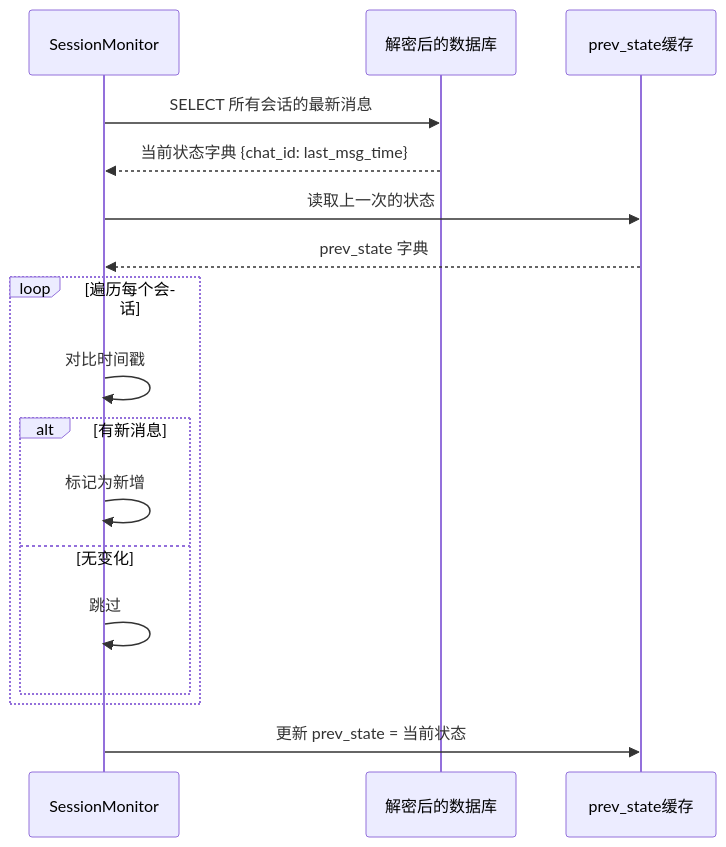
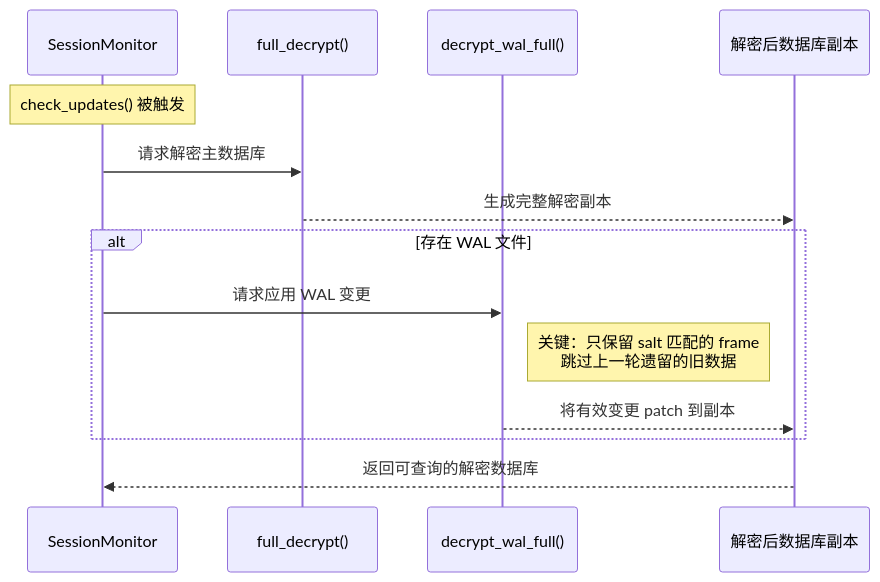
One commit to nerdneilsfield/code-wiki-pages changed the second of 6 diagrams in public/wechat-decrypt/guide-beginners-guide-real-time-monitoring.md. Above: the diagram before and after it, drawn with Mermaid. The commit also changed other lines of this file and 30 other files, not shown here.

````diff
--- a/public/wechat-decrypt/guide-beginners-guide-real-time-monitoring.md
+++ b/public/wechat-decrypt/guide-beginners-guide-real-time-monitoring.md
@@ -113,23 +58,20 @@
 ```mermaid
 sequenceDiagram
     participant SM as SessionMonitor
-    participant DB as 解密后的数据库
-    participant PS as prev_state缓存
+    participant FD as full_decrypt()
+    participant DW as decrypt_wal_full()
+    participant DB as 解密后数据库副本
     
-    SM->>DB: SELECT 所有会话的最新消息
-    DB-->>SM: 当前状态字典 {chat_id: last_msg_time}
+    Note over SM: check_updates() 被触发
     
-    SM->>PS: 读取上一次的状态
-    PS-->>SM: prev_state 字典
+    SM->>FD: 请求解密主数据库
+    FD-->>DB: 生成完整解密副本
     
-    loop 遍历每个会话
-        SM->>SM: 对比时间戳
-        alt 有新消息
-            SM->>SM: 标记为新增
-        else 无变化
-            SM->>SM: 跳过
-        end
+    alt 存在 WAL 文件
+        SM->>DW: 请求应用 WAL 变更
+        Note right of DW: 关键：只保留 salt 匹配的 frame<br/>跳过上一轮遗留的旧数据
+        DW-->>DB: 将有效变更 patch 到副本
     end
     
-    SM->>PS: 更新 prev_state = 当前状态
+    DB-->>SM: 返回可查询的解密数据库
 ```
````
